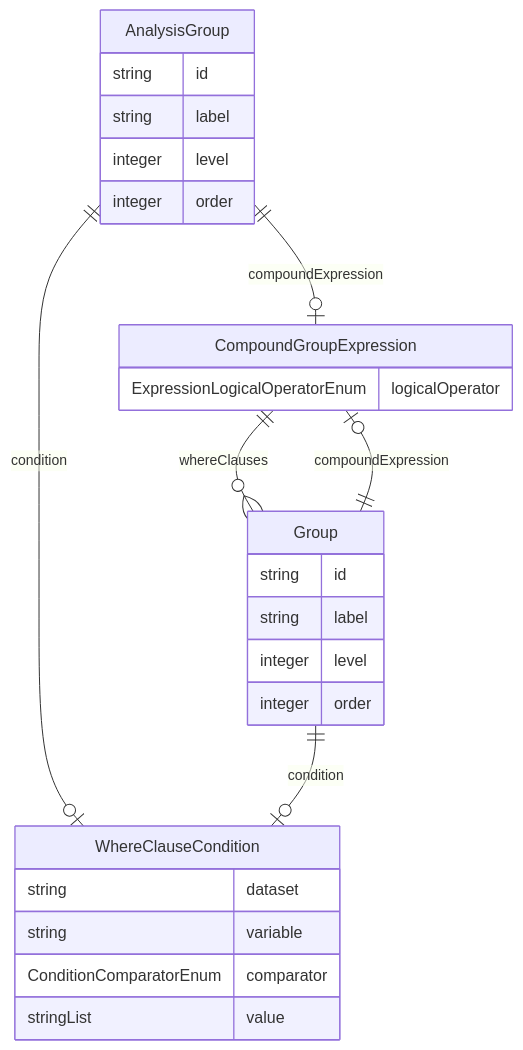
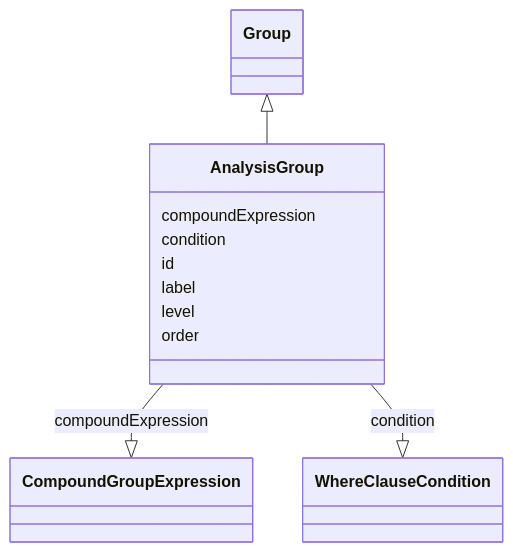
The diagram in project/docs/AnalysisGroup.md (cdisc-org/analysis-results-standard), drawn with Mermaid before and after one commit. The commit also changed 256 other files, not shown here.

Commit message:
Documentation diagrams

````diff
--- a/project/docs/AnalysisGroup.md
+++ b/project/docs/AnalysisGroup.md
@@ -13,31 +15,23 @@
 ```mermaid
-erDiagram
-AnalysisGroup {
-    string id  
-    string label  
-    integer level  
-    integer order  
-}
-CompoundGroupExpression {
-    ExpressionLogicalOperatorEnum logicalOperator  
-}
-Group {
-    string id  
-    string label  
-    integer level  
-    integer order  
-}
-WhereClauseCondition {
-    string dataset  
-    string variable  
-    ConditionComparatorEnum comparator  
-    stringList value  
-}
-
-AnalysisGroup ||--|o WhereClauseCondition : "condition"
-AnalysisGroup ||--|o CompoundGroupExpression : "compoundExpression"
-CompoundGroupExpression ||--}o Group : "whereClauses"
-Group ||--|o WhereClauseCondition : "condition"
-Group ||--|o CompoundGroupExpression : "compoundExpression"
-
+ classDiagram
+    class AnalysisGroup
+      Group <|-- AnalysisGroup
+      
+      AnalysisGroup : compoundExpression
+        
+          AnalysisGroup --|> CompoundGroupExpression : compoundExpression
+        
+      AnalysisGroup : condition
+        
+          AnalysisGroup --|> WhereClauseCondition : condition
+        
+      AnalysisGroup : id
+        
+      AnalysisGroup : label
+        
+      AnalysisGroup : level
+        
+      AnalysisGroup : order
+        
+      
 ```
````
